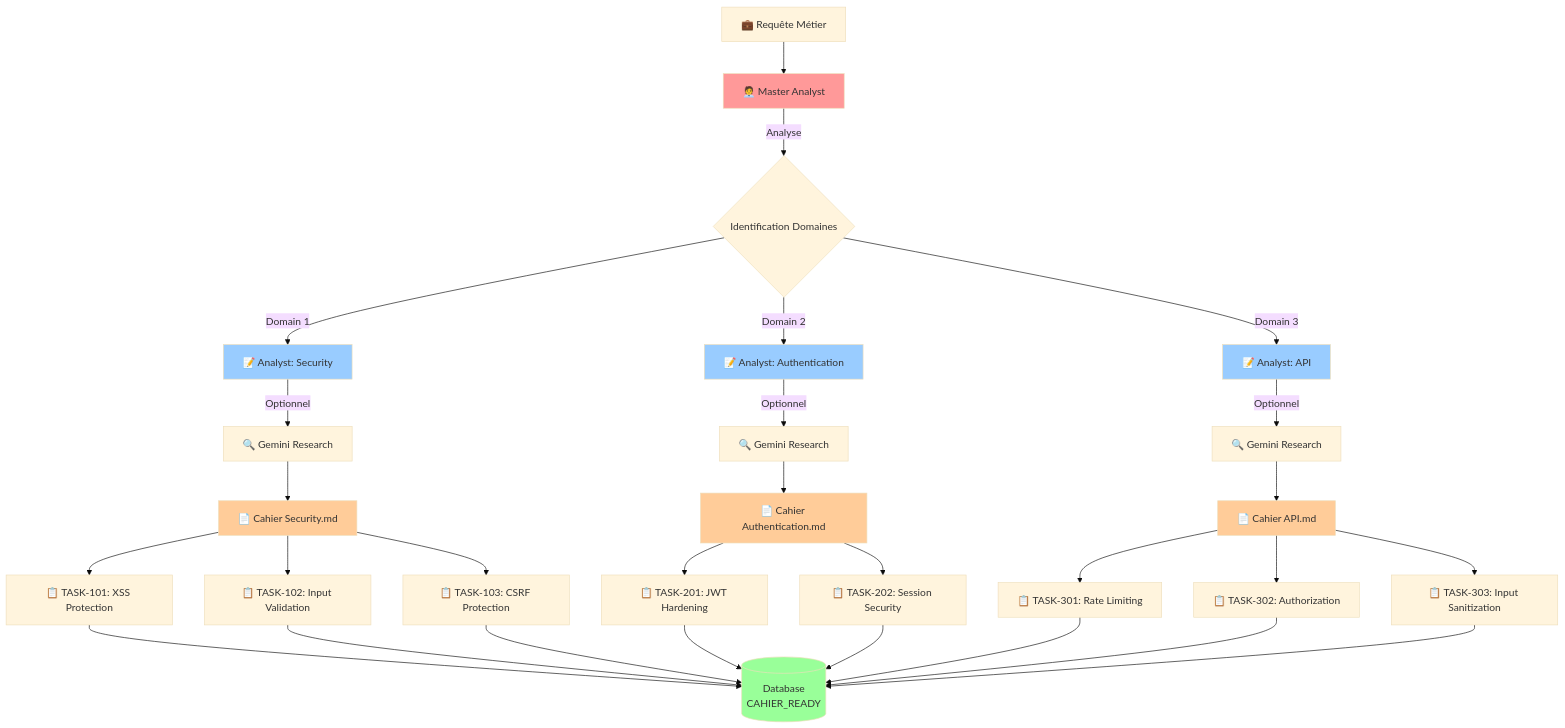
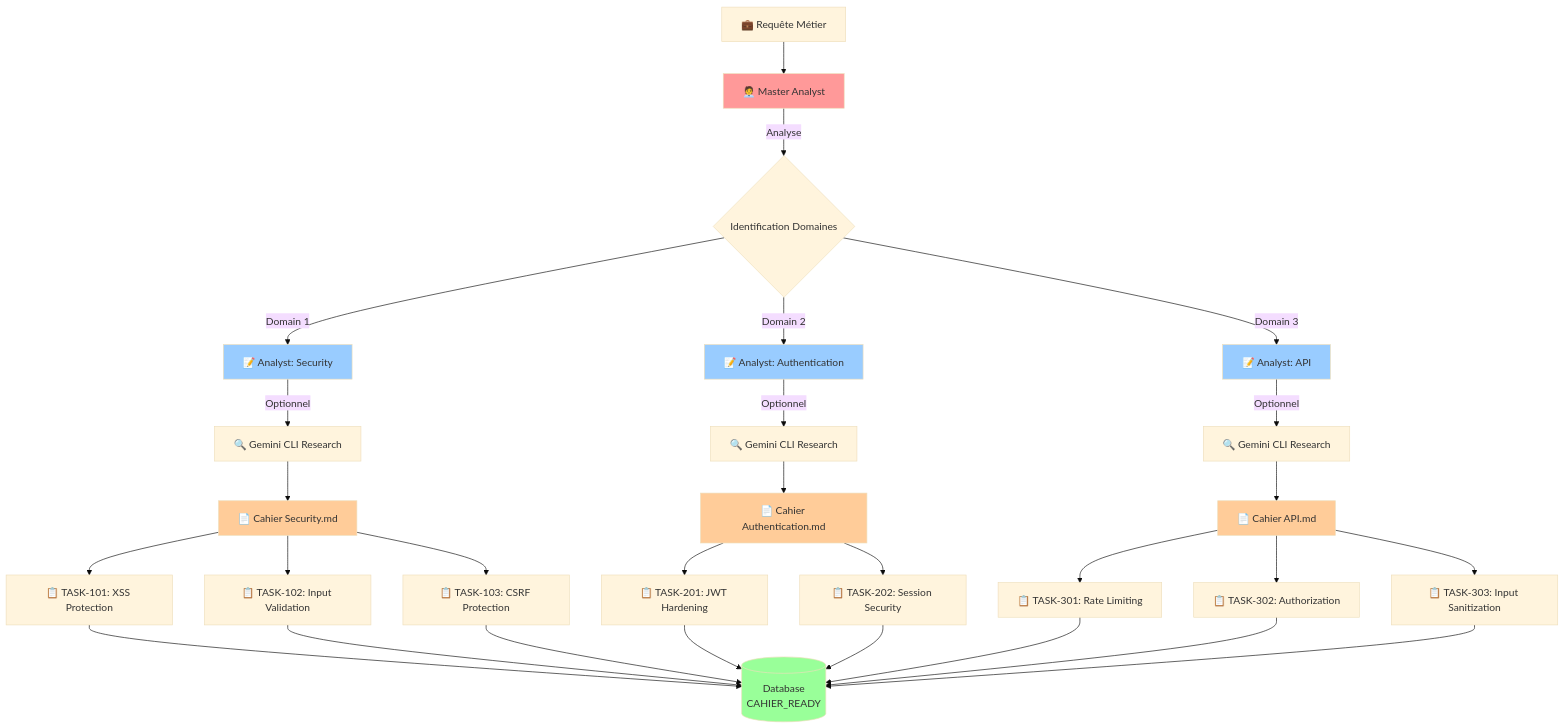
One commit to Gotman08/Blueprint changed the fifth of 10 diagrams in README.md. Above: the diagram before and after it, drawn with Mermaid (base theme). The commit also changed other lines of this file and 5 other files, not shown here.

First line of the commit message:
feat: Integrate Gemini CLI for external research instead of direct API

````diff
--- a/README.md
+++ b/README.md
@@ -237,45 +237,45 @@
 ```mermaid
 graph TD
     A[💼 Requête Métier] --> B[🧑‍💼 Master Analyst]
     B -->|Analyse| C{Identification Domaines}
     C -->|Domain 1| D[📝 Analyst: Security]
     C -->|Domain 2| E[📝 Analyst: Authentication]
     C -->|Domain 3| F[📝 Analyst: API]
 
-    D -->|Optionnel| D1[🔍 Gemini Research]
-    E -->|Optionnel| E1[🔍 Gemini Research]
-    F -->|Optionnel| F1[🔍 Gemini Research]
+    D -->|Optionnel| D1[🔍 Gemini CLI Research]
+    E -->|Optionnel| E1[🔍 Gemini CLI Research]
+    F -->|Optionnel| F1[🔍 Gemini CLI Research]
 
     D1 --> D2[📄 Cahier Security.md]
     E1 --> E2[📄 Cahier Authentication.md]
     F1 --> F2[📄 Cahier API.md]
 
     D2 --> D3[📋 TASK-101: XSS Protection]
     D2 --> D4[📋 TASK-102: Input Validation]
     D2 --> D5[📋 TASK-103: CSRF Protection]
 
     E2 --> E3[📋 TASK-201: JWT Hardening]
     E2 --> E4[📋 TASK-202: Session Security]
 
     F2 --> F3[📋 TASK-301: Rate Limiting]
     F2 --> F4[📋 TASK-302: Authorization]
     F2 --> F5[📋 TASK-303: Input Sanitization]
 
     D3 --> G[(Database<br/>CAHIER_READY)]
     D4 --> G
     D5 --> G
     E3 --> G
     E4 --> G
     F3 --> G
     F4 --> G
     F5 --> G
 
     style B fill:#ff9999
     style D fill:#99ccff
     style E fill:#99ccff
     style F fill:#99ccff
     style D2 fill:#ffcc99
     style E2 fill:#ffcc99
     style F2 fill:#ffcc99
     style G fill:#99ff99
 ```
````
